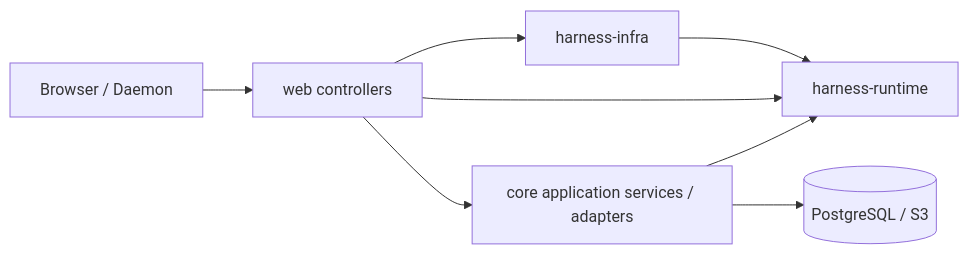
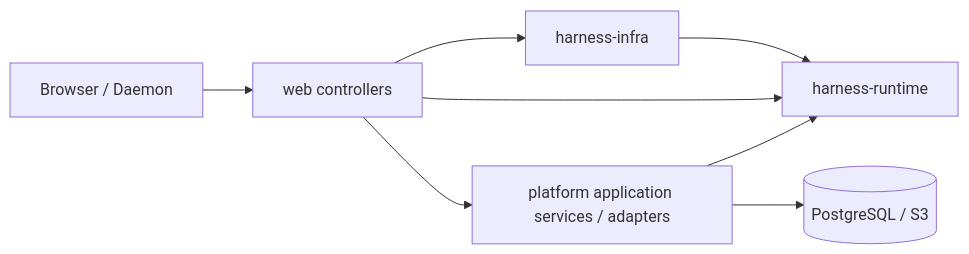
The diagram in docs/technical-solution/backend-implementation-design.md (fengwk/kk-studio), drawn with Mermaid before and after one commit. The commit also changed other lines of this file and 950 other files, not shown here.

Commit message:
refactor: rename core module to platform

````diff
--- a/docs/technical-solution/backend-implementation-design.md
+++ b/docs/technical-solution/backend-implementation-design.md
@@ -7,16 +7,16 @@
 ```mermaid
 flowchart LR
     Client[Browser / Daemon]
     Web[web controllers]
-    Core[core application services / adapters]
+    Platform[platform application services / adapters]
     Infra[harness-infra]
     Runtime[harness-runtime]
     Store[(PostgreSQL / S3)]
 
     Client --> Web
-    Web --> Core
+    Web --> Platform
     Web --> Infra --> Runtime
     Web --> Runtime
-    Core --> Runtime
-    Core --> Store
+    Platform --> Runtime
+    Platform --> Store
 ```
````
